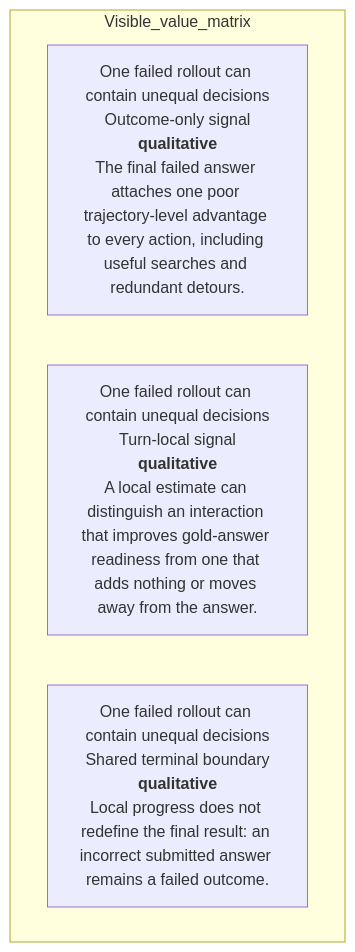
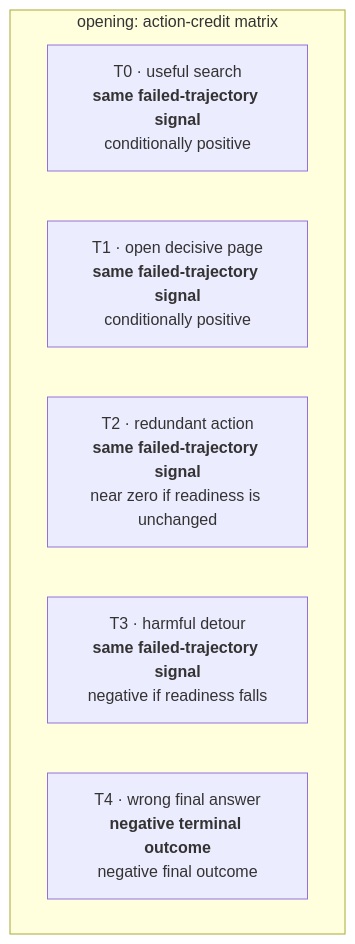
The second of 48 diagrams in docs/visual-manifests/VISUAL_MANIFEST_TRACE.md (Betancourt1/paper_atlas), drawn with Mermaid before and after one commit. The commit also changed other lines of this file and 7 other files, not shown here.

````diff
--- a/docs/visual-manifests/VISUAL_MANIFEST_TRACE.md
+++ b/docs/visual-manifests/VISUAL_MANIFEST_TRACE.md
@@ -139,8 +183,10 @@
 ```mermaid
 flowchart TB
-  subgraph Visible_value_matrix
-    r1["One failed rollout can contain unequal decisions<br/>Outcome-only signal<br/><b>qualitative</b><br/>The final failed answer attaches one poor trajectory-level advantage to every action, including useful searches and redundant detours."]
-    r2["One failed rollout can contain unequal decisions<br/>Turn-local signal<br/><b>qualitative</b><br/>A local estimate can distinguish an interaction that improves gold-answer readiness from one that adds nothing or moves away from the answer."]
-    r3["One failed rollout can contain unequal decisions<br/>Shared terminal boundary<br/><b>qualitative</b><br/>Local progress does not redefine the final result: an incorrect submitted answer remains a failed outcome."]
+  subgraph Ledger["opening: action-credit matrix"]
+    r1["T0 · useful search<br/><b>same failed-trajectory signal</b><br/>conditionally positive"]
+    r2["T1 · open decisive page<br/><b>same failed-trajectory signal</b><br/>conditionally positive"]
+    r3["T2 · redundant action<br/><b>same failed-trajectory signal</b><br/>near zero if readiness is unchanged"]
+    r4["T3 · harmful detour<br/><b>same failed-trajectory signal</b><br/>negative if readiness falls"]
+    r5["T4 · wrong final answer<br/><b>negative terminal outcome</b><br/>negative final outcome"]
   end
 ```
````
